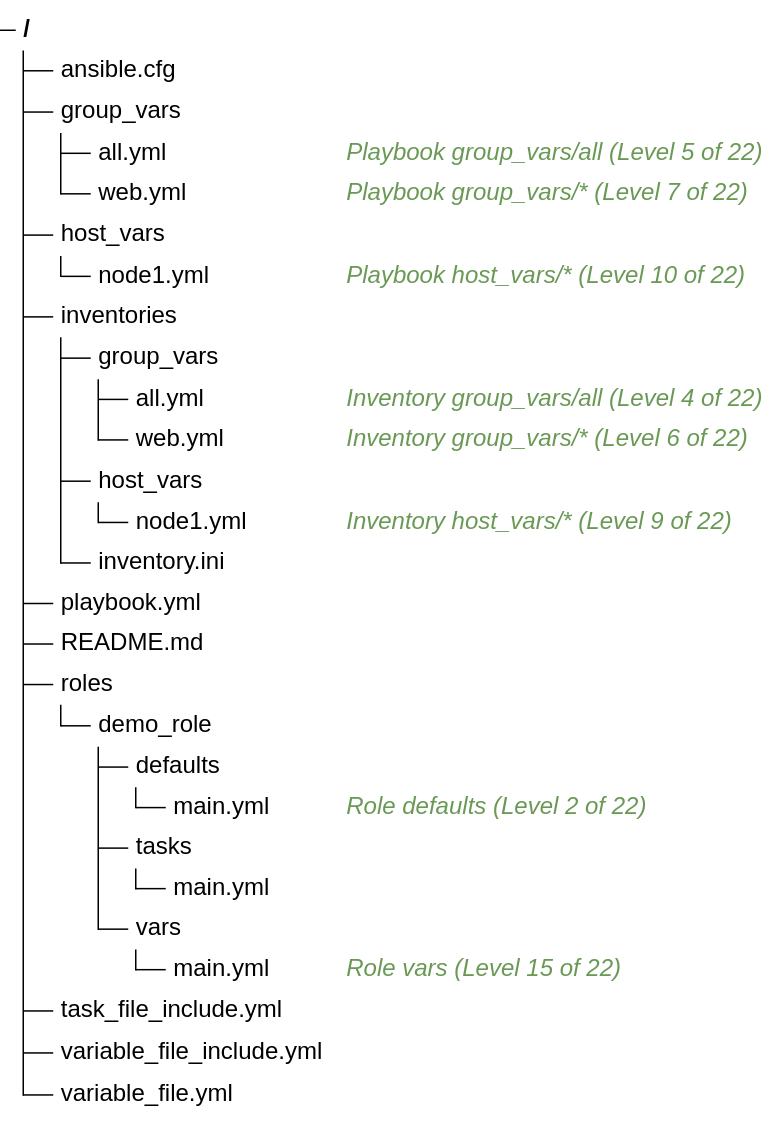
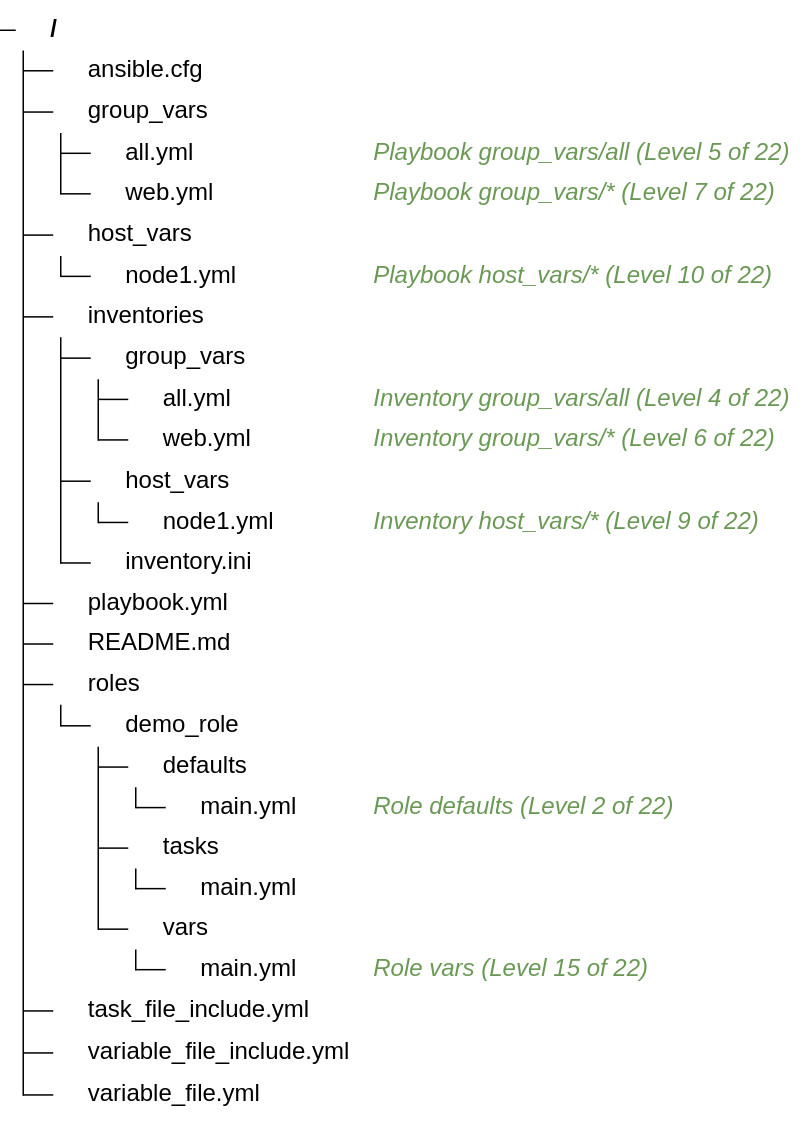
The second of 4 diagrams in docs/ansible/variables.md (computacenter-com/ansible-best-practices), drawn with Mermaid before and after one commit. The commit also changed other lines of this file and 9 other files, not shown here.

Commit message:
Added logos to all treeView diagrams. Added JS script to register icon packs.

````diff
--- a/docs/ansible/variables.md
+++ b/docs/ansible/variables.md
@@ -120,34 +120,40 @@
         ``` mermaid
         ---
         config:
           treeView:
             rowIndent: 20
+            defaultIconPack: vscode-icons
+            showIcons: true
+            extensionIcons:
+                .ini: file-type-config
+                .md: file-type-markdown
+                .yml: file-type-light-yaml-official
         ---
         treeView-beta
         ├── ansible.cfg
         ├── group_vars
         │   ├── all.yml ## Playbook group_vars/all (Level 5 of 22)
         │   └── web.yml ## Playbook group_vars/* (Level 7 of 22)
         ├── host_vars
         │   └── node1.yml ## Playbook host_vars/* (Level 10 of 22)
         ├── inventories
         │   ├── group_vars
         │   │   ├── all.yml ## Inventory group_vars/all (Level 4 of 22)
         │   │   └── web.yml ## Inventory group_vars/* (Level 6 of 22)
         │   ├── host_vars
         │   │   └── node1.yml ## Inventory host_vars/* (Level 9 of 22)
         │   └── inventory.ini
         ├── playbook.yml
         ├── README.md
         ├── roles
         │   └── demo_role
         │       ├── defaults
         │       │   └── main.yml ## Role defaults (Level 2 of 22)
         │       ├── tasks
         │       │   └── main.yml
         │       └── vars
         │           └── main.yml ## Role vars (Level 15 of 22)
         ├── task_file_include.yml
         ├── variable_file_include.yml
         └── variable_file.yml
         ```
````
